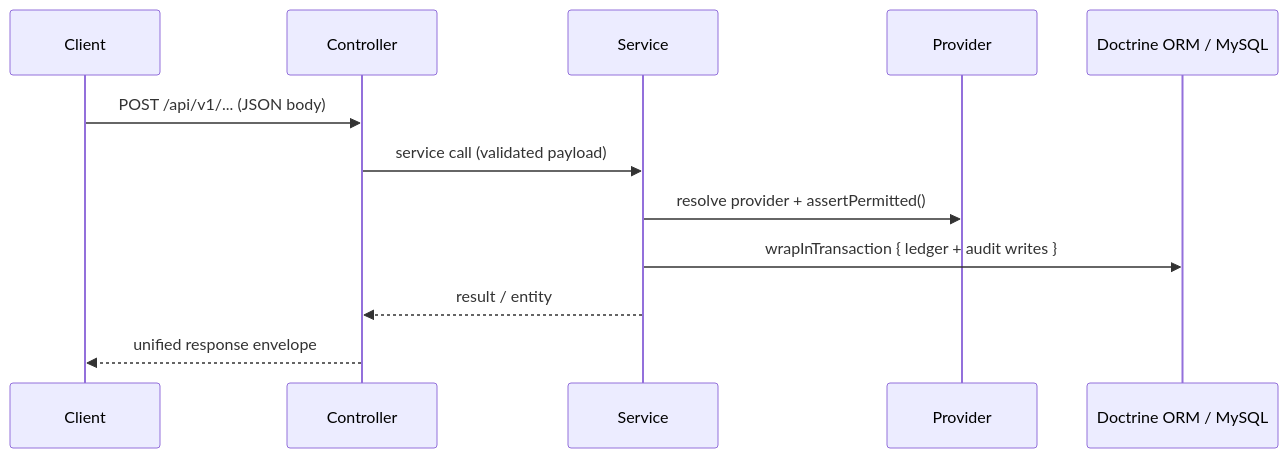
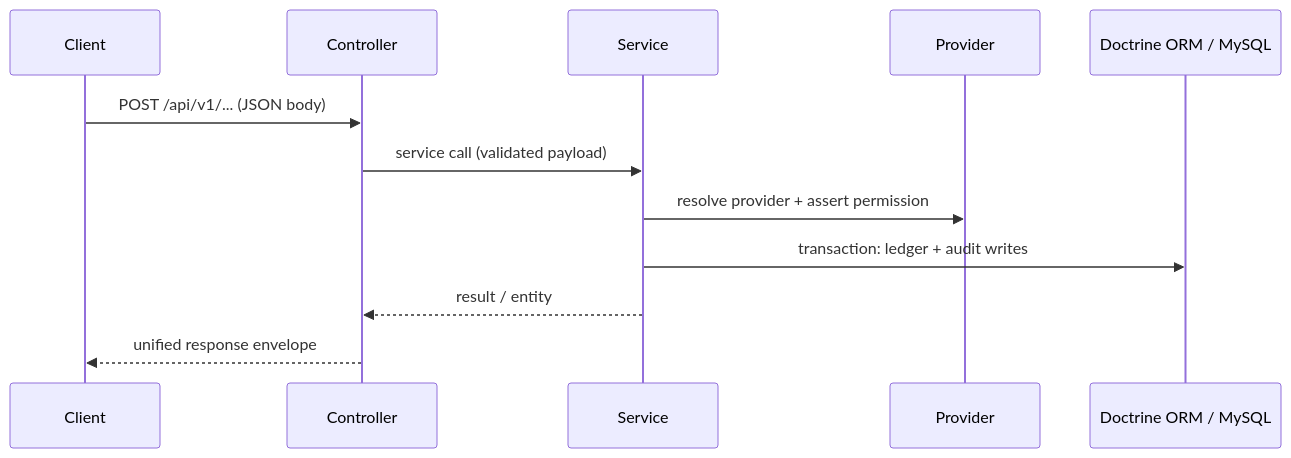
One commit to dream-studio-china/edc-online-membership changed the second of 3 diagrams in README.md. Above: the diagram before and after it, drawn with Mermaid. The commit also changed other lines of this file and 5 other files, not shown here.

````diff
--- a/README.md
+++ b/README.md
@@ -53,15 +55,15 @@
 ```mermaid
 sequenceDiagram
     participant C as Client
     participant Ctrl as Controller
     participant S as Service
     participant P as Provider
     participant DB as Doctrine ORM / MySQL
 
     C->>Ctrl: POST /api/v1/... (JSON body)
     Ctrl->>S: service call (validated payload)
-    S->>P: resolve provider + assertPermitted()
-    S->>DB: wrapInTransaction { ledger + audit writes }
+    S->>P: resolve provider + assert permission
+    S->>DB: transaction: ledger + audit writes
     S-->>Ctrl: result / entity
     Ctrl-->>C: unified response envelope
 ```
````
